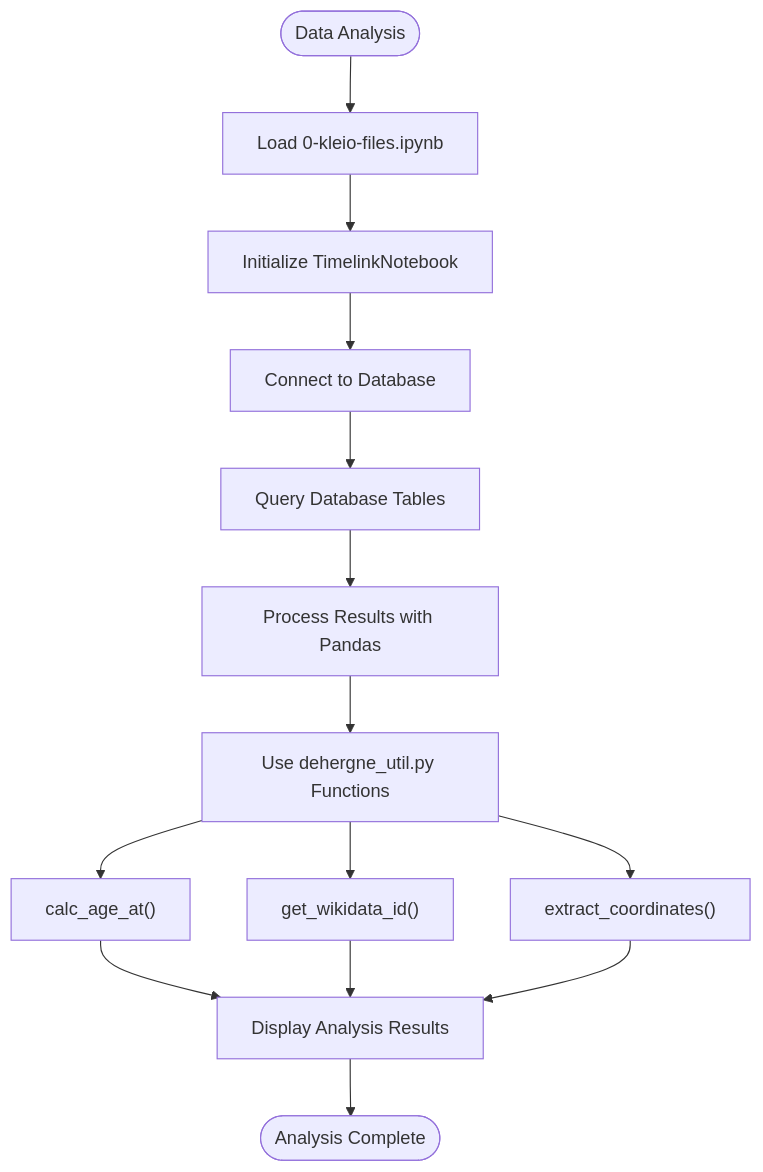
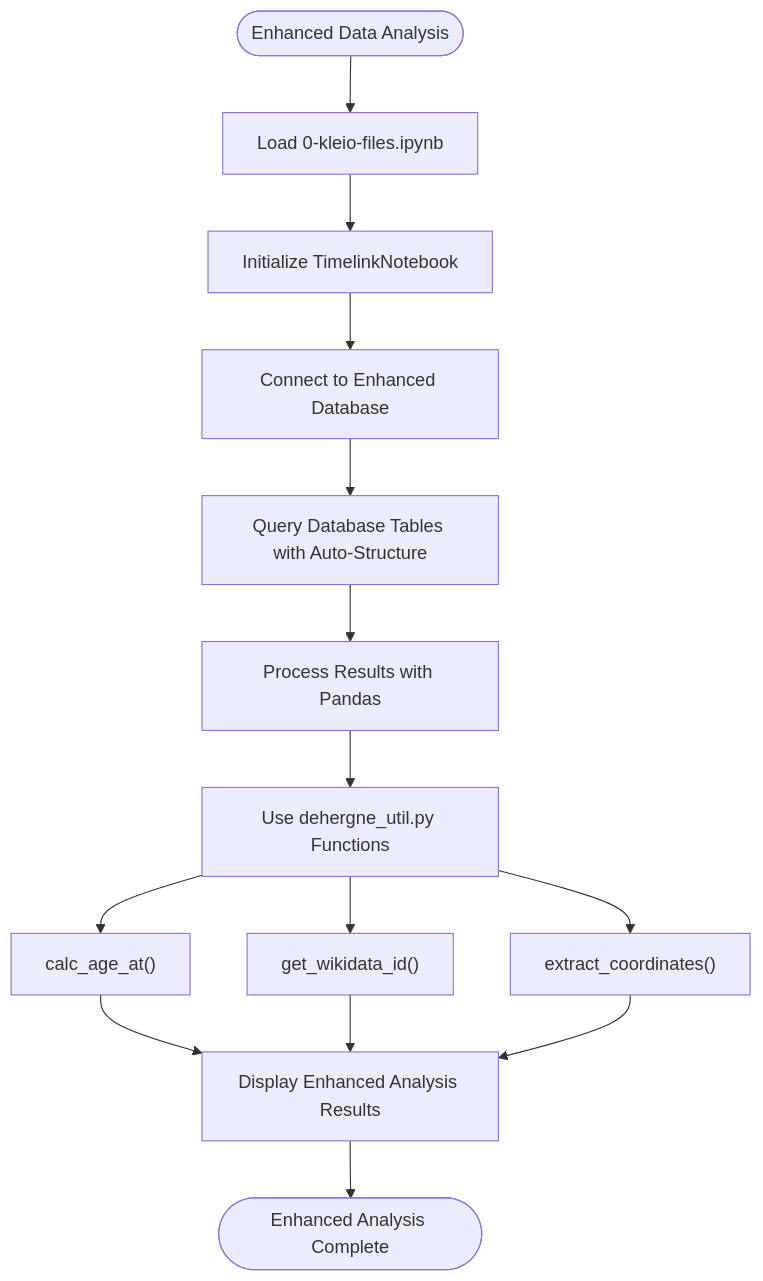
The seventh of 8 diagrams in .qoder/repowiki/en/content/Processing Pipeline/Kleio Processing Workflow.md (joaquimrcarvalho/dehergne-locations), drawn with Mermaid before and after one commit. The commit also changed other lines of this file and 8 other files, not shown here.

````diff
--- a/.qoder/repowiki/en/content/Processing Pipeline/Kleio Processing Workflow.md
+++ b/.qoder/repowiki/en/content/Processing Pipeline/Kleio Processing Workflow.md
@@ -214,16 +290,16 @@
 ```mermaid
 flowchart TD
-Start([Data Analysis]) --> LoadNotebook["Load 0-kleio-files.ipynb"]
+Start([Enhanced Data Analysis]) --> LoadNotebook["Load 0-kleio-files.ipynb"]
 LoadNotebook --> InitializeTLNB["Initialize TimelinkNotebook"]
-InitializeTLNB --> ConnectDB["Connect to Database"]
-ConnectDB --> QueryData["Query Database Tables"]
+InitializeTLNB --> ConnectDB["Connect to Enhanced Database"]
+ConnectDB --> QueryData["Query Database Tables with Auto-Structure"]
 QueryData --> ProcessResults["Process Results with Pandas"]
 ProcessResults --> UseUtilities["Use dehergne_util.py Functions"]
 UseUtilities --> CalculateAge["calc_age_at()"]
 UseUtilities --> ExtractWikidata["get_wikidata_id()"]
 UseUtilities --> ParseCoordinates["extract_coordinates()"]
-CalculateAge --> DisplayResults["Display Analysis Results"]
+CalculateAge --> DisplayResults["Display Enhanced Analysis Results"]
 ExtractWikidata --> DisplayResults
 ParseCoordinates --> DisplayResults
-DisplayResults --> End([Analysis Complete])
+DisplayResults --> End([Enhanced Analysis Complete])
 ```
````
